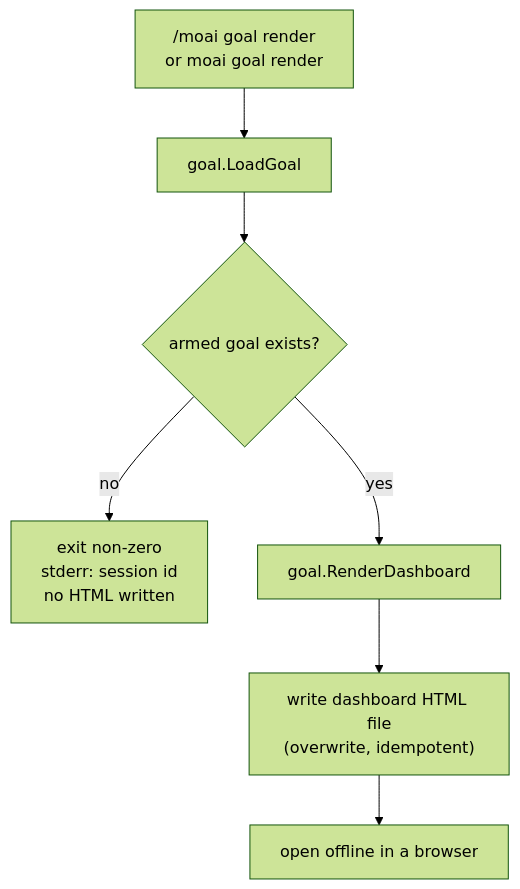
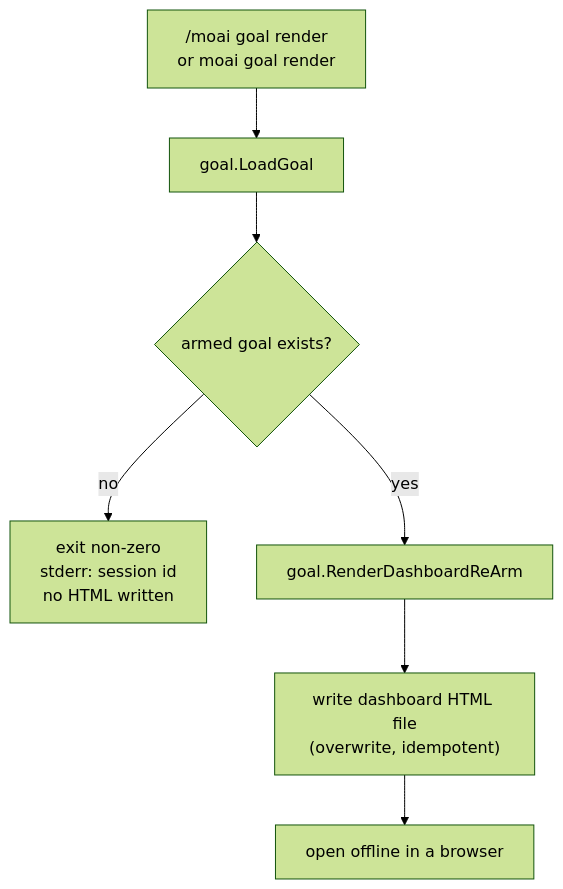
One commit to modu-ai/moai-adk changed the diagram in docs-site/content/en/utility-commands/moai-goal.md. Above: the diagram before and after it, drawn with Mermaid (forest theme). The commit also changed other lines of this file and 11 other files, not shown here.

First line of the commit message:
docs(goal-html): move 3 v3.1 renderer surfaces from roadmap to live (4-locale)

````diff
--- a/docs-site/content/en/utility-commands/moai-goal.md
+++ b/docs-site/content/en/utility-commands/moai-goal.md
@@ -91,9 +91,9 @@
 ```mermaid
 flowchart TD
     A["/moai goal render<br/>or moai goal render"] --> B["goal.LoadGoal"]
     B --> C{"armed goal exists?"}
     C -- "no" --> D["exit non-zero<br/>stderr: session id<br/>no HTML written"]
-    C -- "yes" --> E["goal.RenderDashboard"]
+    C -- "yes" --> E["goal.RenderDashboardReArm"]
     E --> F["write dashboard HTML file<br/>(overwrite, idempotent)"]
     F --> G["open offline in a browser"]
 ```
````
